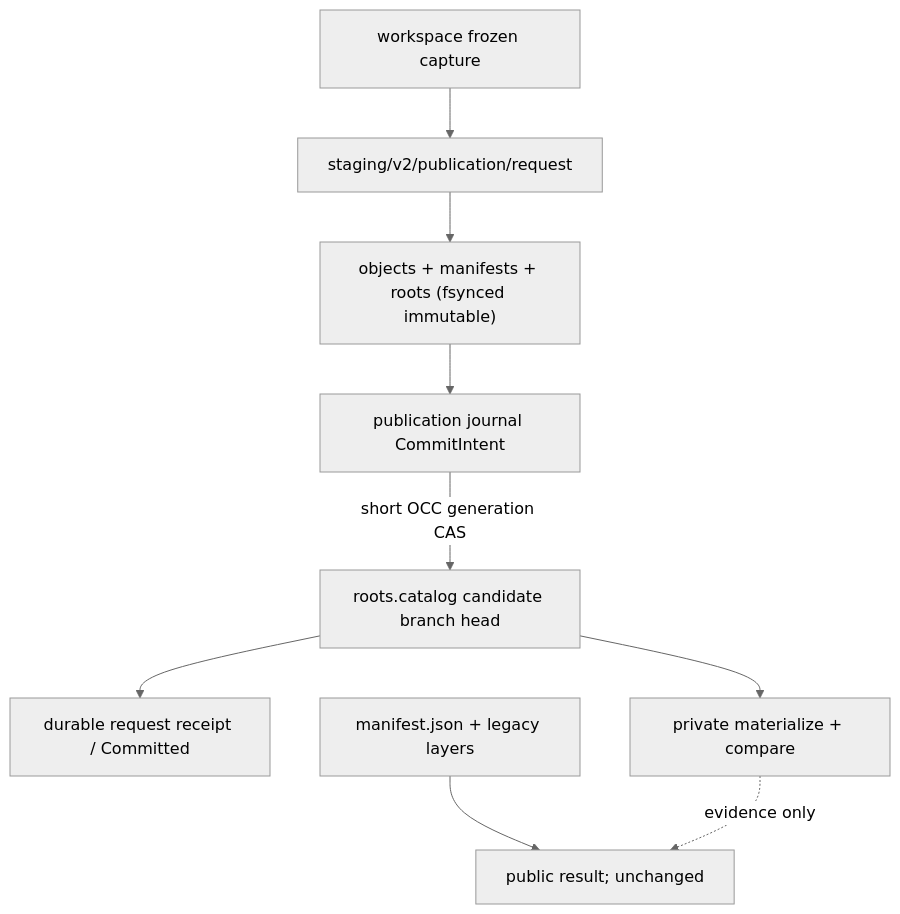
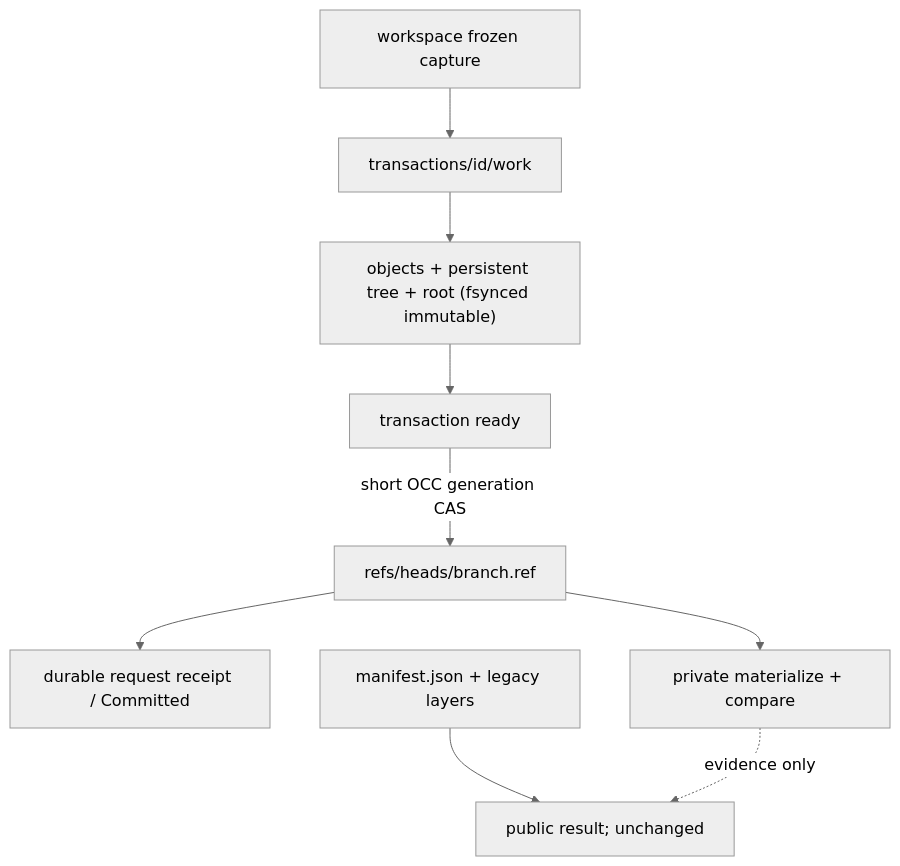
Before and after one commit to Ephemeral-AI-Lab/ephemeral-sandbox-docs: the second of 3 diagrams in implementation-plan/2.0 migration/phase 1/implementation/stage_07_durable_publication/spec.md, drawn with Mermaid (neutral theme). The commit also changed other lines of this file and 35 other files, not shown here.

````diff
--- a/implementation-plan/2.0 migration/phase 1/implementation/stage_07_durable_publication/spec.md
+++ b/implementation-plan/2.0 migration/phase 1/implementation/stage_07_durable_publication/spec.md
@@ -345,11 +422,11 @@
 ```mermaid
 flowchart TD
-  CAP["workspace frozen capture"] --> STAGE["staging/v2/publication/request"]
-  STAGE --> OBJ["objects + manifests + roots (fsynced immutable)"]
-  OBJ --> INTENT["publication journal CommitIntent"]
-  INTENT -->|short OCC generation CAS| HEAD["roots.catalog candidate branch head"]
+  CAP["workspace frozen capture"] --> STAGE["transactions/id/work"]
+  STAGE --> OBJ["objects + persistent tree + root (fsynced immutable)"]
+  OBJ --> INTENT["transaction ready"]
+  INTENT -->|short OCC generation CAS| HEAD["refs/heads/branch.ref"]
   HEAD --> RECEIPT["durable request receipt / Committed"]
   HEAD --> MAT["private materialize + compare"]
   LEGACY["manifest.json + legacy layers"] --> PUBLIC["public result; unchanged"]
   MAT -. "evidence only" .-> PUBLIC
 ```
````
